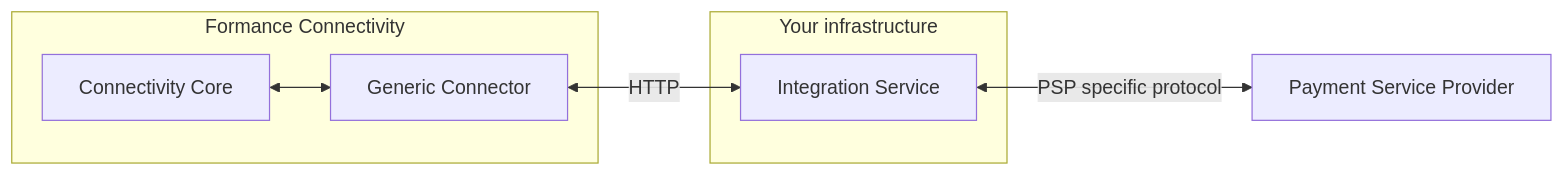
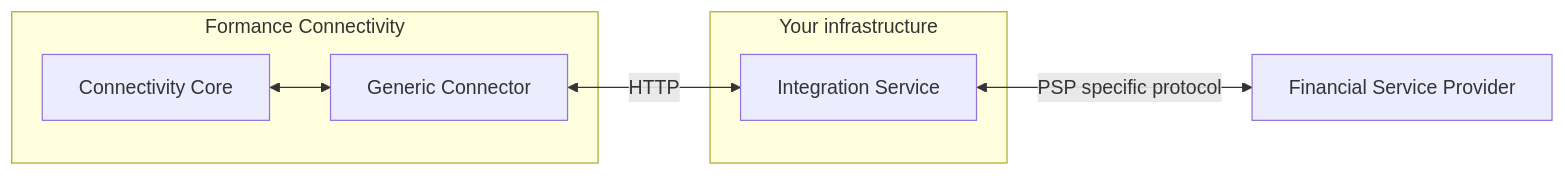
The second of 2 diagrams in docs/payments/connectors/generic/explanations/how_it_works.md (formancehq/docs), drawn with Mermaid before and after one commit. The commit also changed other lines of this file, not shown here.

Commit message:
Use 'financial service provider' rather than 'payment service provider'

````diff
--- a/docs/payments/connectors/generic/explanations/how_it_works.md
+++ b/docs/payments/connectors/generic/explanations/how_it_works.md
@@ -51,14 +51,14 @@
 ```mermaid
 graph LR
   Connectivity["Connectivity Core"]
   connector["Generic Connector"]
   service["Integration Service"]
-  psp["Payment Service Provider"]
+  psp["Financial Service Provider"]
   subgraph Formance Connectivity
     Connectivity <--> connector
   end
   subgraph Your infrastructure
     connector <-- HTTP --> service
   end
   service <-- PSP specific protocol --> psp
 ```
````
